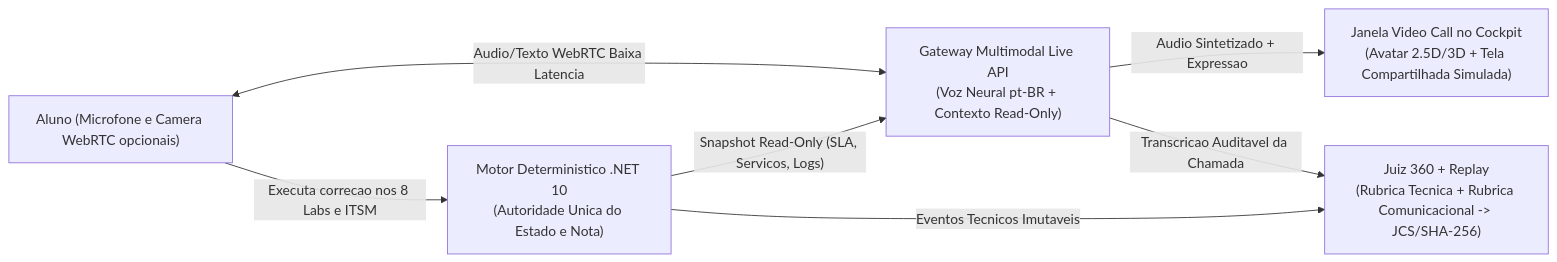
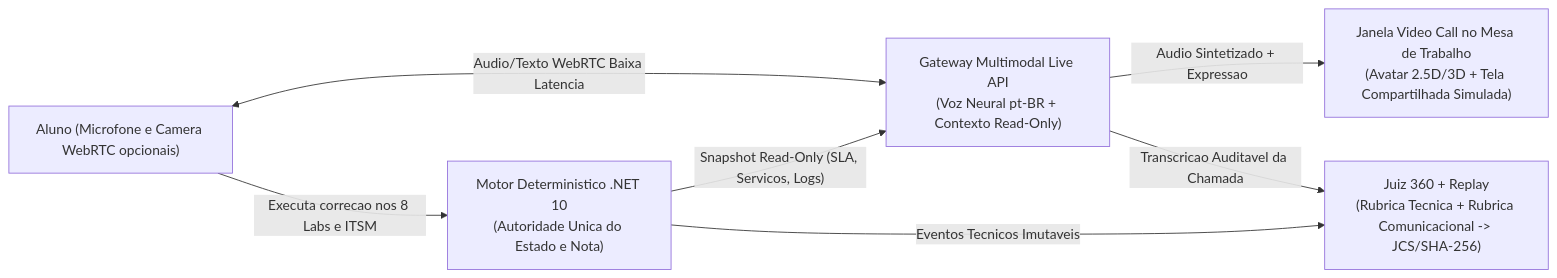
Before and after one commit to cristianodossantosdasilva/it-career-simulator-hackbrasil: the first of 3 diagrams in docs/PLANEJAMENTO_PEDAGOGICO_E_MATRIZ_560H.md, drawn with Mermaid. The commit also changed other lines of this file and 123 other files, not shown here.

````diff
--- a/docs/PLANEJAMENTO_PEDAGOGICO_E_MATRIZ_560H.md
+++ b/docs/PLANEJAMENTO_PEDAGOGICO_E_MATRIZ_560H.md
@@ -299,15 +299,15 @@
 ```mermaid
 flowchart LR
     ALUNO["Aluno (Microfone e Camera WebRTC opcionais)"]
     MOTOR["Motor Deterministico .NET 10<br/>(Autoridade Unica do Estado e Nota)"]
     LIVE["Gateway Multimodal Live API<br/>(Voz Neural pt-BR + Contexto Read-Only)"]
-    AVATAR["Janela Video Call no Cockpit<br/>(Avatar 2.5D/3D + Tela Compartilhada Simulada)"]
+    AVATAR["Janela Video Call no Mesa de Trabalho<br/>(Avatar 2.5D/3D + Tela Compartilhada Simulada)"]
     JUIZ["Juiz 360 + Replay<br/>(Rubrica Tecnica + Rubrica Comunicacional -> JCS/SHA-256)"]
 
     MOTOR -->|"Snapshot Read-Only (SLA, Servicos, Logs)"| LIVE
     ALUNO <-->|"Audio/Texto WebRTC Baixa Latencia"| LIVE
     LIVE -->|"Audio Sintetizado + Expressao"| AVATAR
     ALUNO -->|"Executa correcao nos 8 Labs e ITSM"| MOTOR
     LIVE -->|"Transcricao Auditavel da Chamada"| JUIZ
     MOTOR -->|"Eventos Tecnicos Imutaveis"| JUIZ
 ```
````
